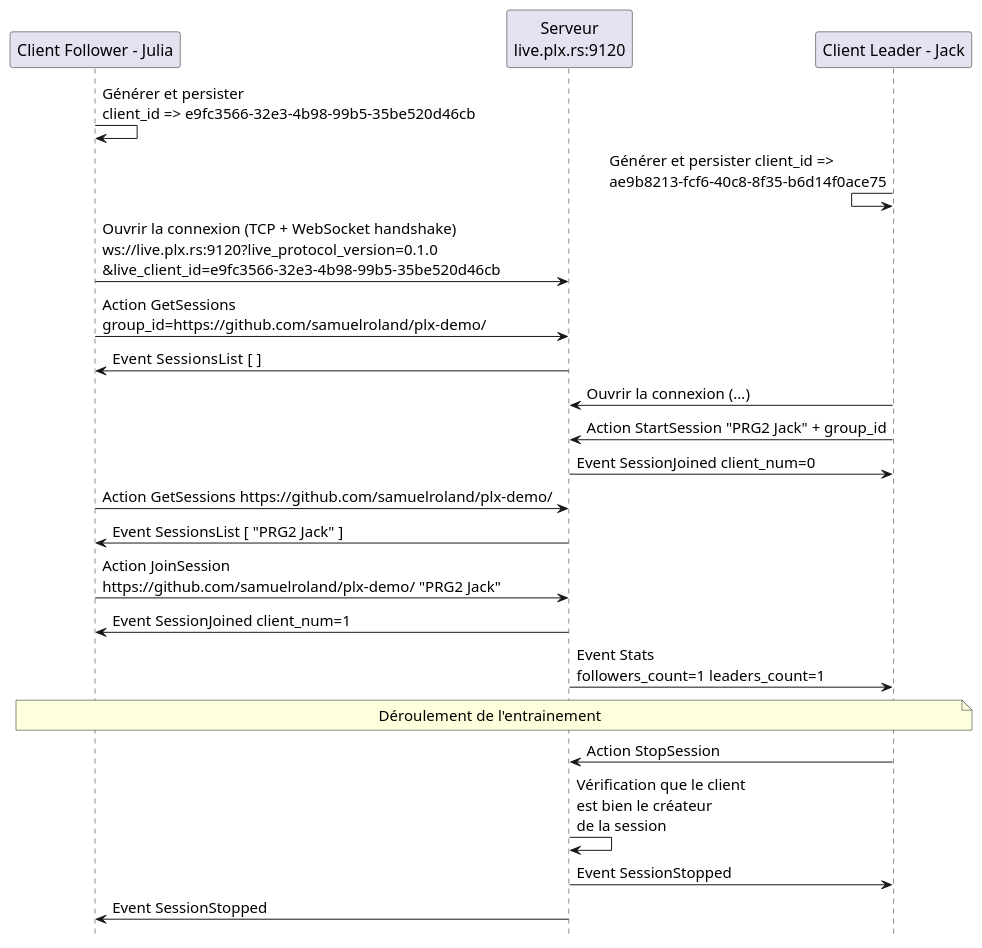
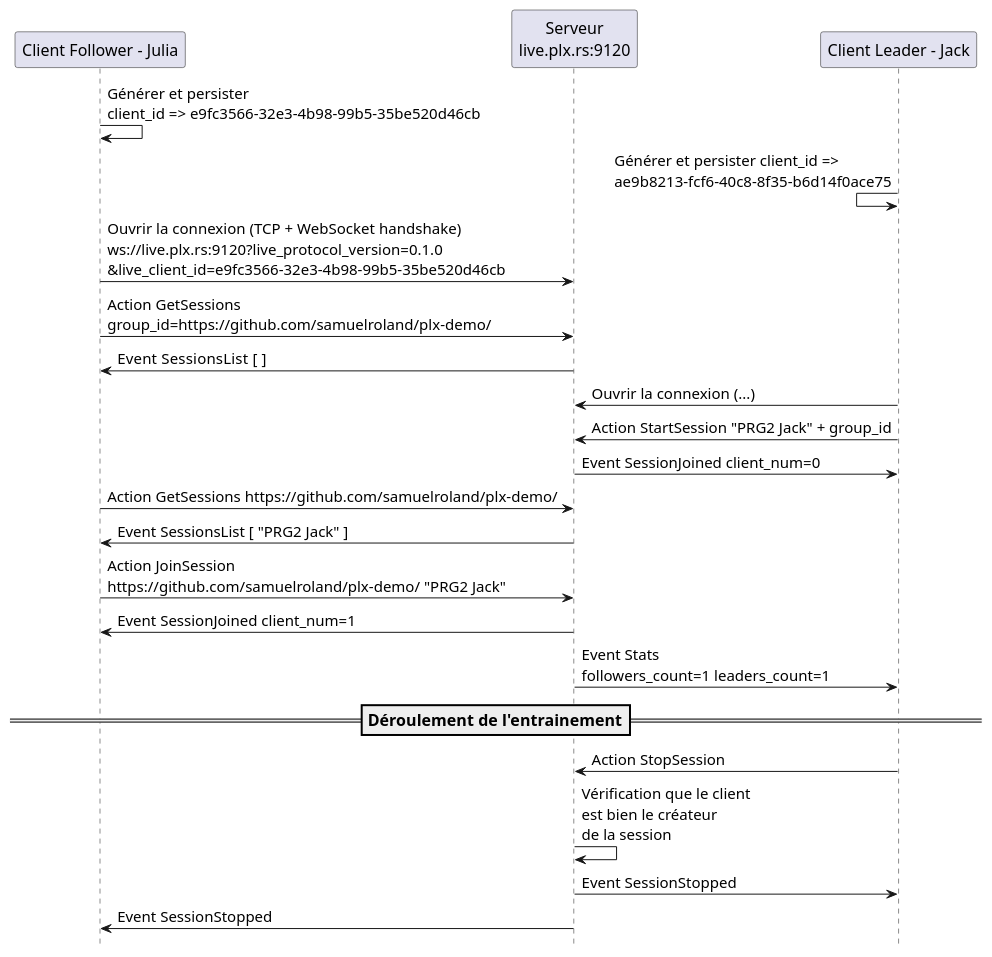
The diagram in report/protocol/diagrams/session.puml (samuelroland/tb-docs), drawn with PlantUML before and after one commit. The commit also changed 3 other files, not shown here.

Commit message:
Improve shutdown and session diagrams with same lines style

```diff
--- a/report/protocol/diagrams/session.puml
+++ b/report/protocol/diagrams/session.puml
@@ -1,46 +1,46 @@
 @startuml 
 hide footbox
 skinparam defaultFontSize 16
 
 participant "Client Follower - Julia" as follower
 participant "Serveur\nlive.plx.rs:9120" as server
 participant "Client Leader - Jack" as leader
 skinparam defaultFontSize 15
 
 ' Before
 follower -> follower: Générer et persister\nclient_id => e9fc3566-32e3-4b98-99b5-35be520d46cb
 leader <- leader: Générer et persister client_id =>\nae9b8213-fcf6-40c8-8f35-b6d14f0ace75
 
 ' Follower get an empty list of sessions
 follower -> server: Ouvrir la connexion (TCP + WebSocket handshake)\nws://live.plx.rs:9120?live_protocol_version=0.1.0\n&live_client_id=e9fc3566-32e3-4b98-99b5-35be520d46cb
 follower -> server: Action GetSessions\ngroup_id=https://github.com/samuelroland/plx-demo/
 server -> follower: Event SessionsList [  ]
 
 ' Session creation
 leader -> server: Ouvrir la connexion (...)
 leader -> server: Action StartSession "PRG2 Jack" + group_id
 server -> leader: Event SessionJoined client_num=0
 ' attention: pas de Stats ici !
 
 ' Follower join
 follower -> server: Action GetSessions https://github.com/samuelroland/plx-demo/
 server -> follower: Event SessionsList [ "PRG2 Jack" ]
 follower -> server: Action JoinSession\nhttps://github.com/samuelroland/plx-demo/ "PRG2 Jack"
 server -> follower: Event SessionJoined client_num=1
 server -> leader: Event Stats\nfollowers_count=1 leaders_count=1
 
-note over follower, leader: Déroulement de l'entrainement
+===== Déroulement de l'entrainement ==
 leader -> server: Action StopSession
 server -> server: Vérification que le client\nest bien le créateur\nde la session
 server -> leader: Event SessionStopped
 server -> follower: Event SessionStopped
 
 ' Ces IDs doivent rester secrète entre le client et serveur, sinon il serait possible d'impersonner un client.
 ' Le même client_id ne peut être utilisé sur plusieurs sockets séparés
 ' Les clients ne peuvent être connecté sur une session à la fois. Les messages n'ont ainsi pas besoin d'indiquer la session concernée, le serveur maintient une map de client_id vers session, et en plus socket vers client_id ?
 ' Les clients n'ont pas besoin d'informer sur leur nom, juste d'un ID unique qui doit être persisté afin de supporter un redémarrage du client PLX ou une reconnexion.
 ' Action are actions taken mostly by client, but could also be the server closing the session after inactivity or during shutdown.
 ' Event are responses to actions, as everything is asynchronous
 ' exemple messages JSON pour les 2 formats
 
 @enduml
```
